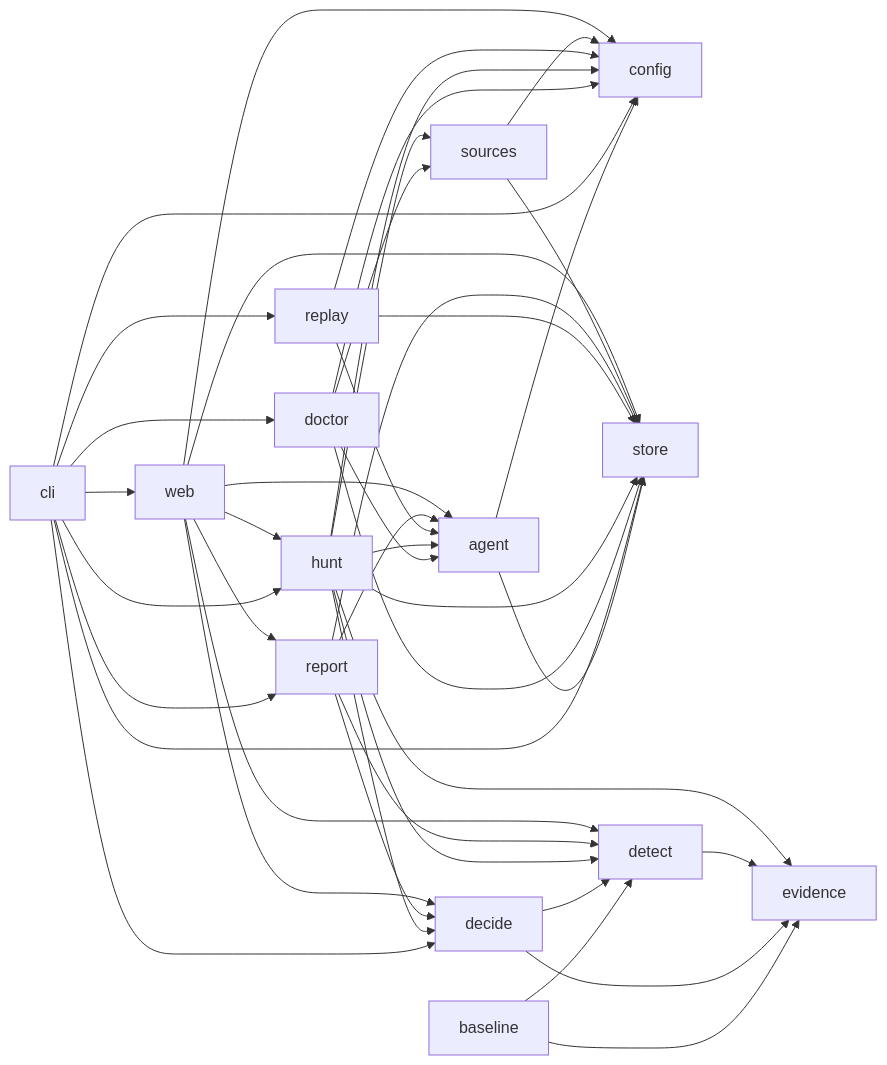
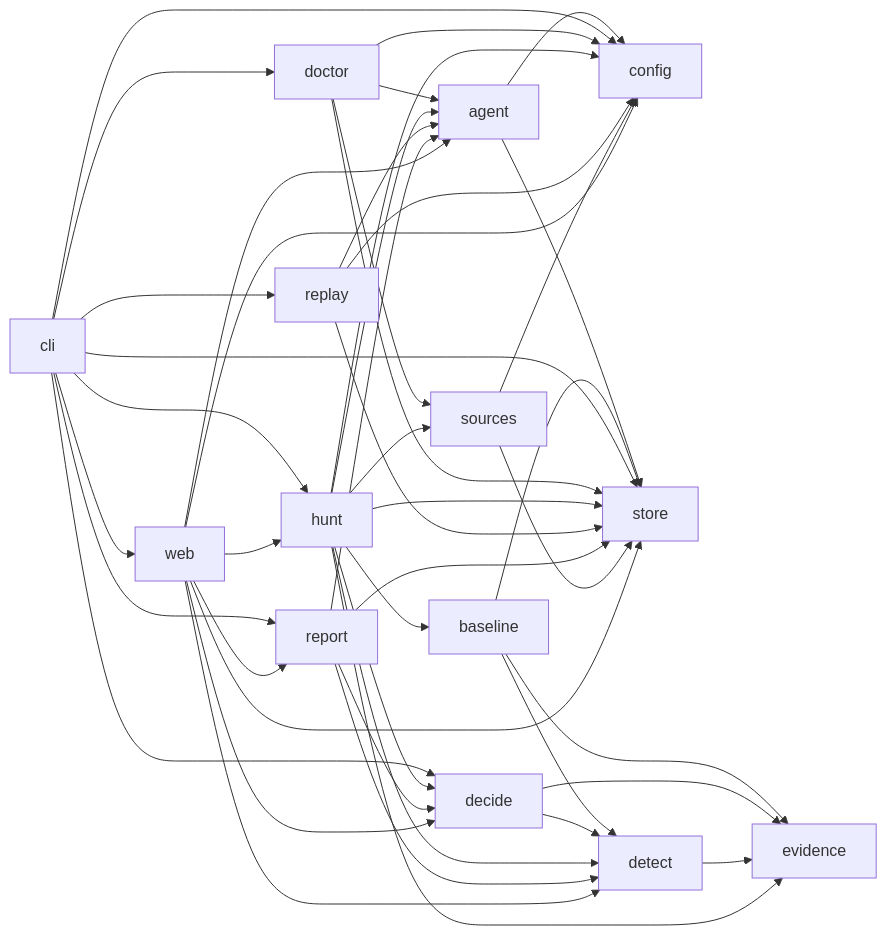
One commit to nickthabib-cloud/ROMULUS changed the diagram in docs/architecture/MODULE_MAP.md. Above: the diagram before and after it, drawn with Mermaid. The commit also changed other lines of this file and 11 other files, not shown here.

````diff
--- a/docs/architecture/MODULE_MAP.md
+++ b/docs/architecture/MODULE_MAP.md
@@ -104,45 +110,47 @@
 ```mermaid
 graph LR
   agent --> config
   agent --> store
   baseline --> detect
   baseline --> evidence
+  baseline --> store
   cli --> config
   cli --> decide
   cli --> doctor
   cli --> hunt
   cli --> replay
   cli --> report
   cli --> store
   cli --> web
   decide --> detect
   decide --> evidence
   detect --> evidence
   doctor --> agent
   doctor --> config
   doctor --> sources
   doctor --> store
   hunt --> agent
+  hunt --> baseline
   hunt --> config
   hunt --> decide
   hunt --> detect
   hunt --> evidence
   hunt --> sources
   hunt --> store
   replay --> agent
   replay --> config
   replay --> store
   report --> agent
   report --> decide
   report --> detect
   report --> store
   sources --> config
   sources --> store
   web --> agent
   web --> config
   web --> decide
   web --> detect
   web --> hunt
   web --> report
   web --> store
 ```
````
